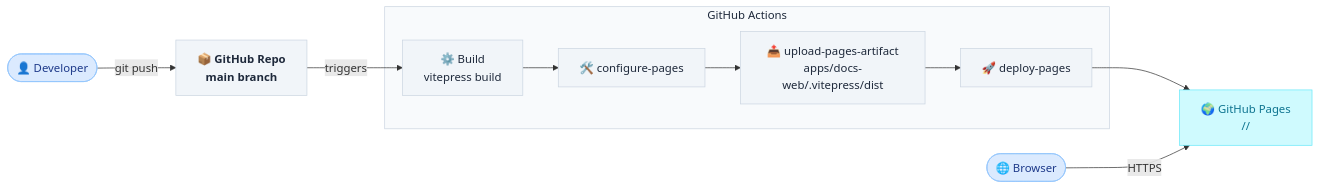
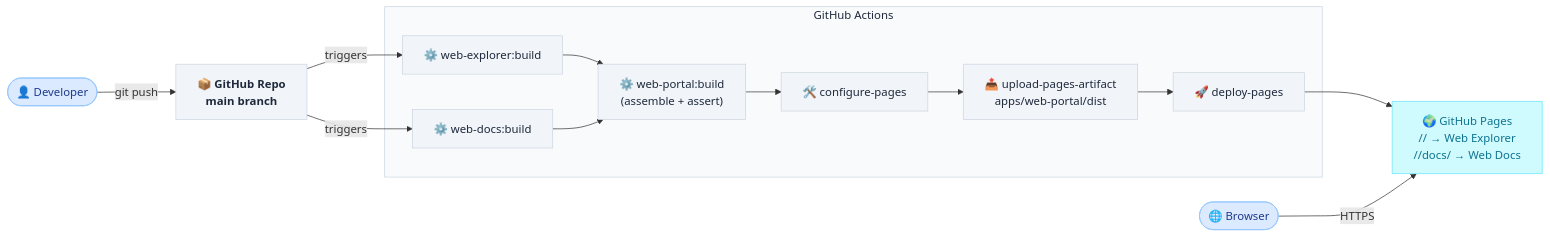
The diagram in docs/Target Architecture (HLD)/v1/System Overview.md (DataArt/artisyn-implementation-harness), drawn with Mermaid before and after one commit. The commit also changed other lines of this file and 155 other files, not shown here.

First line of the commit message:
feat(web-explorer): web explorer landing page and web portal site routing (#17)

````diff
--- a/docs/Target Architecture (HLD)/v1/System Overview.md
+++ b/docs/Target Architecture (HLD)/v1/System Overview.md
@@ -25,29 +27,34 @@
 ```mermaid
 flowchart LR
     Dev(["👤 Developer"]):::client
     Browser(["🌐 Browser"]):::client
 
     GH["📦 GitHub Repo\nmain branch"]:::repo
 
     subgraph CI_BOX ["  GitHub Actions  "]
-        BUILD["⚙️ Build\nvitepress build"]:::ci
+        EXP_BUILD["⚙️ web-explorer:build"]:::ci
+        DOCS_BUILD["⚙️ web-docs:build"]:::ci
+        PORTAL_BUILD["⚙️ web-portal:build\n(assemble + assert)"]:::ci
         CFGP["🛠️ configure-pages"]:::ci
-        UPLOAD["📤 upload-pages-artifact\napps/docs-web/.vitepress/dist"]:::ci
+        UPLOAD["📤 upload-pages-artifact\napps/web-portal/dist"]:::ci
         DEPLOY["🚀 deploy-pages"]:::ci
     end
 
-    PAGES["🌍 GitHub Pages\n/<repo>/"]:::pages
+    PAGES["🌍 GitHub Pages\n/<repo>/ → Web Explorer\n/<repo>/docs/ → Web Docs"]:::pages
 
     Dev -->|"git push"| GH
-    GH -->|"triggers"| BUILD
-    BUILD --> CFGP --> UPLOAD --> DEPLOY
+    GH -->|"triggers"| EXP_BUILD
+    GH -->|"triggers"| DOCS_BUILD
+    EXP_BUILD --> PORTAL_BUILD
+    DOCS_BUILD --> PORTAL_BUILD
+    PORTAL_BUILD --> CFGP --> UPLOAD --> DEPLOY
     DEPLOY --> PAGES
     Browser -->|"HTTPS"| PAGES
 
     classDef client fill:#DBEAFE,stroke:#93C5FD,color:#1E3A8A
     classDef repo   fill:#F1F5F9,stroke:#CBD5E1,color:#1E293B,font-weight:bold
     classDef ci     fill:#F1F5F9,stroke:#CBD5E1,color:#1E293B
     classDef pages  fill:#CFFAFE,stroke:#67E8F9,color:#0E7490
 
     style CI_BOX fill:#F8FAFC,stroke:#CBD5E1,color:#1E293B
 ```
````
